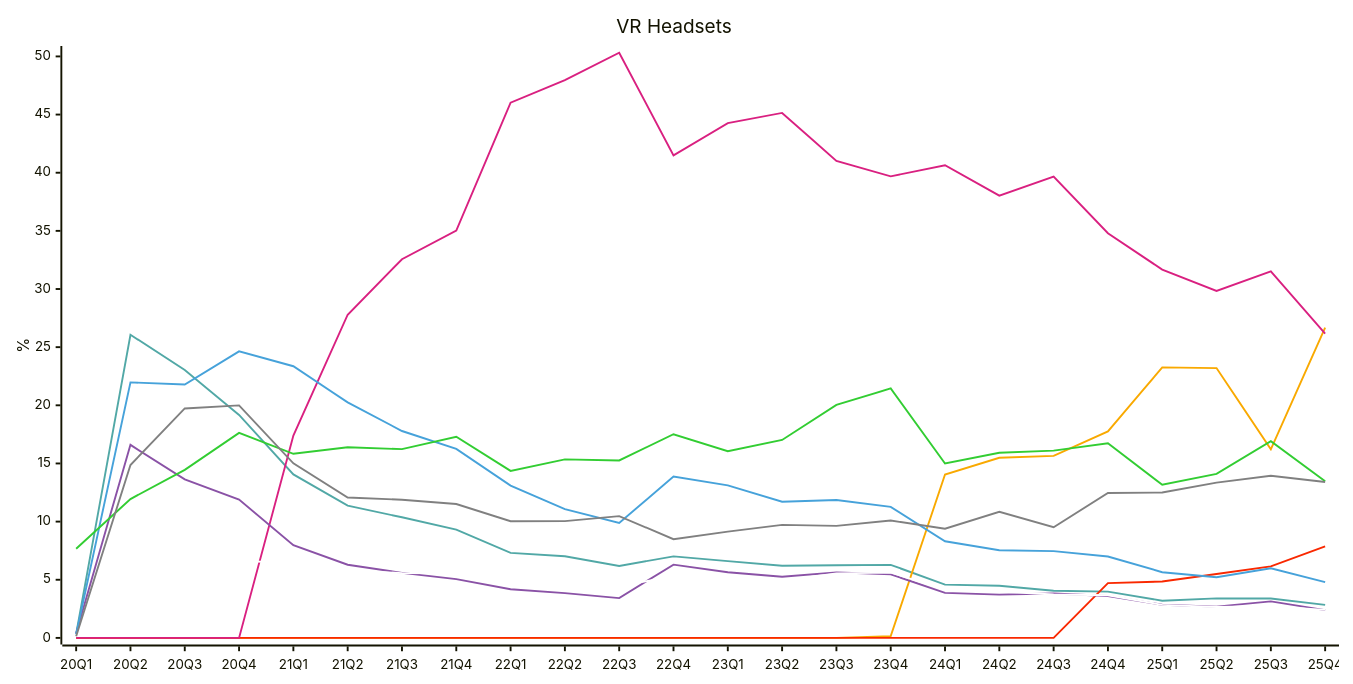
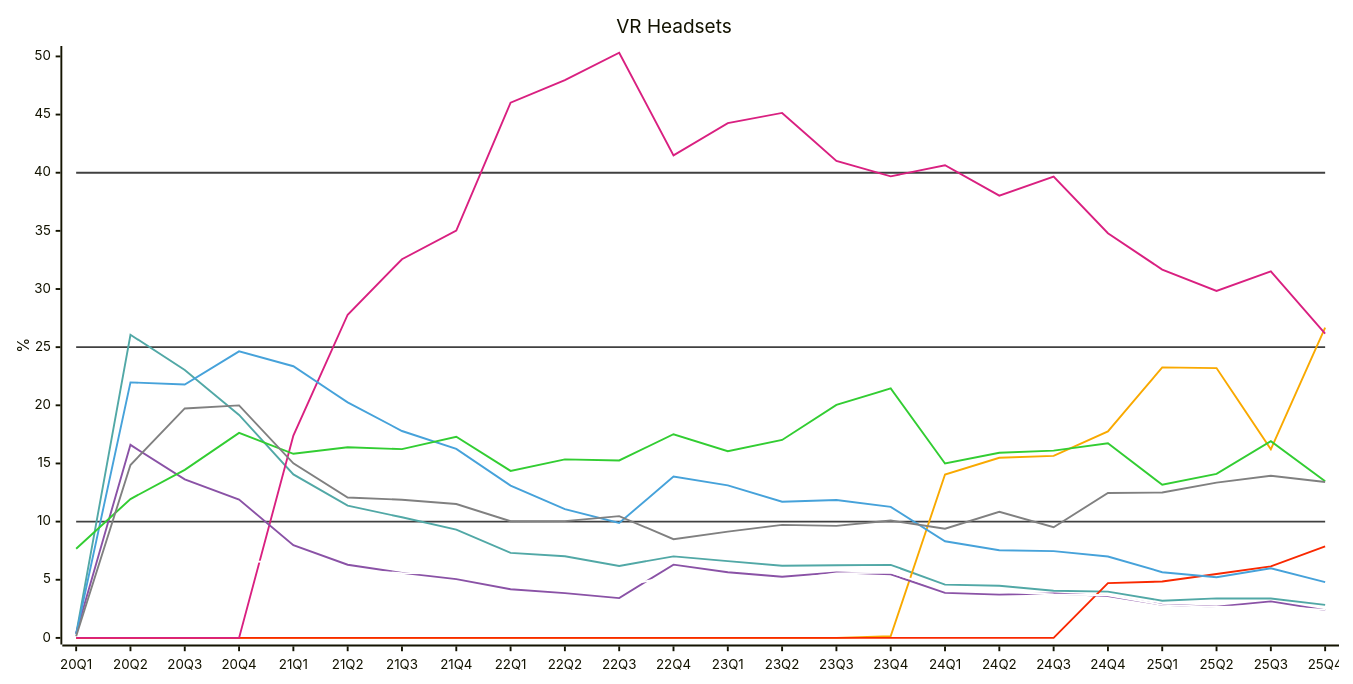
One commit to jdegene/steamHWsurvey changed diagram 24 of 29 in README.md. Above: the diagram before and after it, drawn with Mermaid. The commit also changed other lines of this file and 1 other file, not shown here.

````diff
--- a/README.md
+++ b/README.md
@@ -763,27 +769,30 @@
 ```mermaid
 ---
 config:
     xyChart:
         width: 1400
         height: 700
         
     themeVariables:
         xyChart:
-            plotColorPalette: "#51a8a6,#f9a900,#f92800,#d92080,#8a52a6,#46a2da,#32CD32,#FFFFFF,#808080"
+            plotColorPalette: "#404040,#404040,#404040,#51a8a6,#f9a900,#f92800,#d92080,#8a52a6,#46a2da,#32CD32,#FFFFFF,#808080"
 
 --- 
 
 xychart-beta
     title "VR Headsets"
     x-axis [20Q1, 20Q2, 20Q3, 20Q4, 21Q1, 21Q2, 21Q3, 21Q4, 22Q1, 22Q2, 22Q3, 22Q4, 23Q1, 23Q2, 23Q3, 23Q4, 24Q1, 24Q2, 24Q3, 24Q4, 25Q1, 25Q2, 25Q3, 25Q4]
     y-axis "%" 
+ line [10, 10, 10, 10, 10, 10, 10, 10, 10, 10, 10, 10, 10, 10, 10, 10, 10, 10, 10, 10, 10, 10, 10, 10]
+ line [25, 25, 25, 25, 25, 25, 25, 25, 25, 25, 25, 25, 25, 25, 25, 25, 25, 25, 25, 25, 25, 25, 25, 25]
+ line [40, 40, 40, 40, 40, 40, 40, 40, 40, 40, 40, 40, 40, 40, 40, 40, 40, 40, 40, 40, 40, 40, 40, 40]
     line [0.35000000000000003, 26.07, 23.03, 19.17, 14.06, 11.379999999999999, 10.37, 9.31, 7.31, 7.02, 6.1899999999999995, 7.01, 6.6000000000000005, 6.21, 6.25, 6.279999999999999, 4.58, 4.4799999999999995, 4.05, 3.9800000000000004, 3.2, 3.4000000000000004, 3.39, 2.8400000000000003]
     line [0, 0, 0, 0, 0, 0, 0, 0, 0, 0, 0, 0, 0, 0, 0, 0.15, 14.05, 15.49, 15.65, 17.76, 23.26, 23.200000000000003, 16.220000000000002, 26.68]
     line [0, 0, 0, 0, 0, 0, 0, 0, 0, 0, 0, 0, 0, 0, 0, 0, 0, 0, 0, 4.71, 4.8500000000000005, 5.5, 6.15, 7.870000000000001]
     line [0, 0, 0, 0, 17.4, 27.79, 32.56, 35.02, 46.02, 47.97, 50.32, 41.49, 44.26, 45.14, 41.02, 39.69, 40.64, 38.03, 39.660000000000004, 34.8, 31.669999999999998, 29.84, 31.52, 26.169999999999998]
     line [0.4, 16.6, 13.63, 11.899999999999999, 7.969999999999999, 6.29, 5.59, 5.050000000000001, 4.18, 3.85, 3.42, 6.3, 5.65, 5.26, 5.63, 5.47, 3.8699999999999997, 3.7199999999999998, 3.82, 3.5999999999999996, 2.85, 2.69, 3.1399999999999997, 2.39]
     line [0.32, 21.97, 21.790000000000003, 24.64, 23.36, 20.25, 17.79, 16.25, 13.100000000000001, 11.07, 9.879999999999999, 13.87, 13.11, 11.709999999999999, 11.86, 11.27, 8.309999999999999, 7.539999999999999, 7.46, 7.000000000000001, 5.65, 5.220000000000001, 5.99, 4.79]
     line [7.66, 11.940000000000001, 14.45, 17.630000000000003, 15.83, 16.39, 16.23, 17.299999999999997, 14.360000000000001, 15.35, 15.260000000000002, 17.51, 16.05, 17.02, 20.03, 21.45, 15.0, 15.920000000000002, 16.1, 16.73, 13.170000000000002, 14.099999999999998, 16.91, 13.469999999999999]
     line [0.1, 8.540000000000001, 7.359999999999999, 6.67, 6.38, 5.81, 5.57, 5.55, 4.99, 4.6899999999999995, 4.44, 5.3100000000000005, 5.18, 4.91, 5.55, 5.609999999999999, 4.15, 3.9899999999999998, 3.73, 3.6700000000000004, 2.8400000000000003, 2.6599999999999997, 2.7199999999999998, 2.41]
     line [0.13999999999999999, 14.87, 19.73, 19.99, 15.010000000000002, 12.07, 11.88, 11.51, 10.03, 10.040000000000001, 10.47, 8.49, 9.139999999999999, 9.719999999999999, 9.629999999999999, 10.09, 9.39, 10.85, 9.52, 12.46, 12.5, 13.350000000000001, 13.94, 13.4]
 ``` 
````
